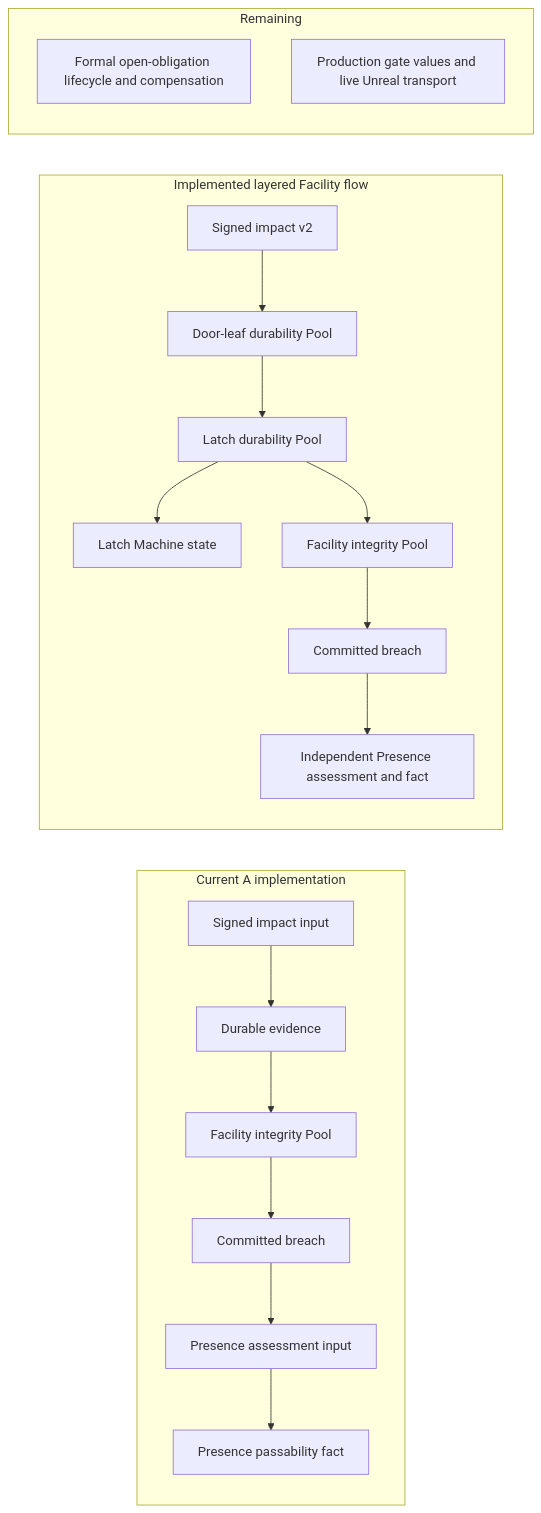
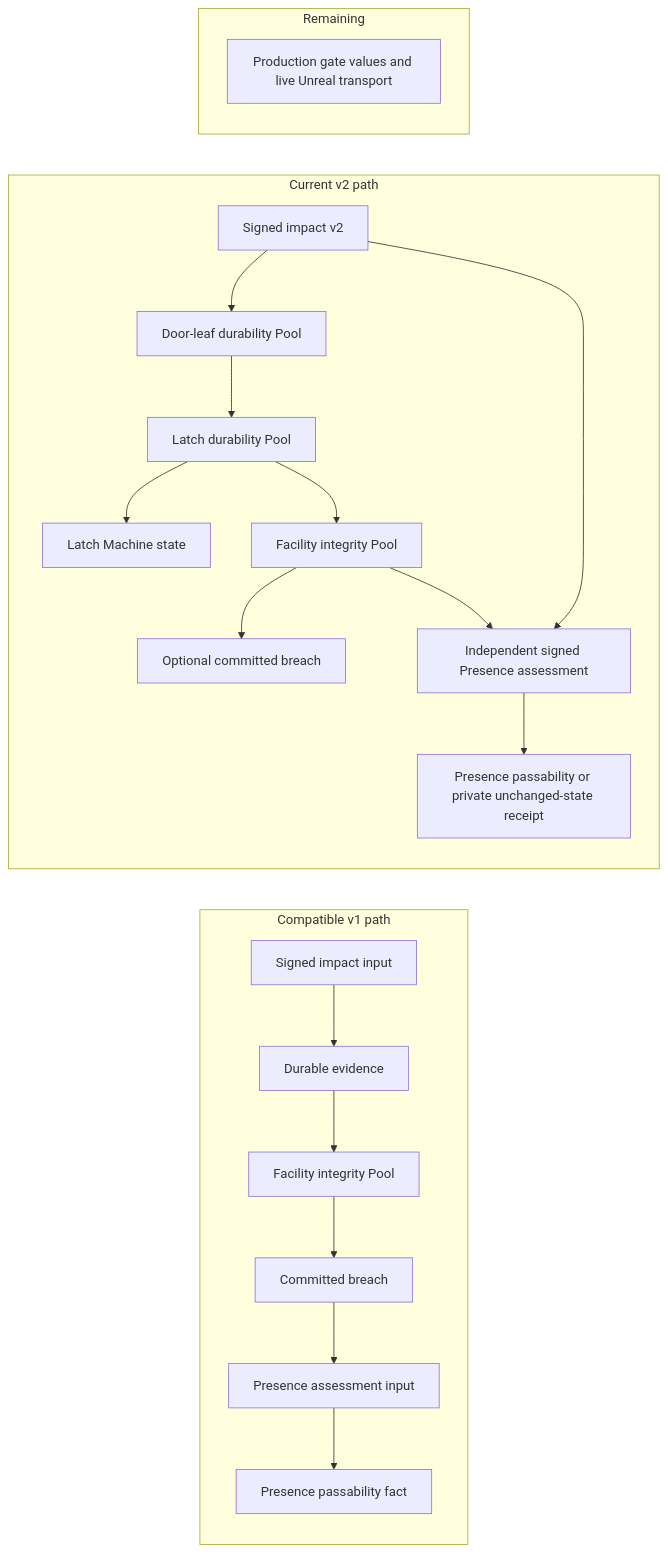
One commit to Dancing-coin/Paralls-phase0-1 changed the first of 3 diagrams in docs/superpowers/specs/2026-11-24-m6-5-impact-gate-layered-execution-design.md. Above: the diagram before and after it, drawn with Mermaid. The commit also changed other lines of this file and 15 other files, not shown here.

First line of the commit message:
feat(siege): assess presence for every signed gate impact

````diff
--- a/docs/superpowers/specs/2026-11-24-m6-5-impact-gate-layered-execution-design.md
+++ b/docs/superpowers/specs/2026-11-24-m6-5-impact-gate-layered-execution-design.md
@@ -35,22 +35,23 @@
 ```mermaid
 flowchart LR
-  subgraph Current[Current A implementation]
+  subgraph Legacy[Compatible v1 path]
     A[Signed impact input] --> E[Durable evidence]
     E --> I[Facility integrity Pool]
     I --> B[Committed breach]
     B --> P[Presence assessment input]
     P --> PL[Presence passability fact]
   end
-  subgraph Implemented[Implemented layered Facility flow]
+  subgraph Implemented[Current v2 path]
     E2[Signed impact v2] --> D[Door-leaf durability Pool]
     D --> L[Latch durability Pool]
     L --> M[Latch Machine state]
     L --> I2[Facility integrity Pool]
-    I2 --> B2[Committed breach]
-    B2 --> PL2[Independent Presence assessment and fact]
+    I2 --> B2[Optional committed breach]
+    E2 --> A2[Independent signed Presence assessment]
+    I2 --> A2
+    A2 --> PL2[Presence passability or private unchanged-state receipt]
   end
   subgraph Deferred[Remaining]
-    T[Formal open-obligation lifecycle and compensation]
     U[Production gate values and live Unreal transport]
   end
 ```
````
